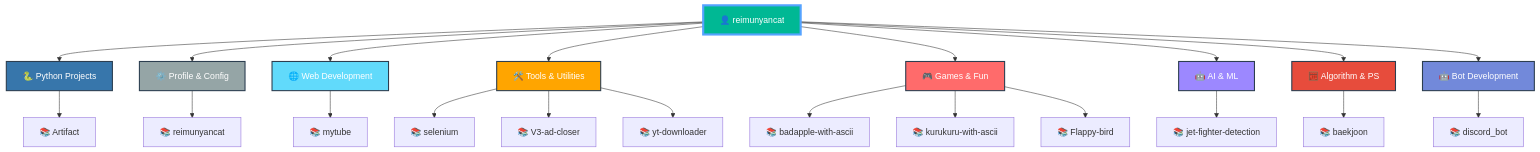
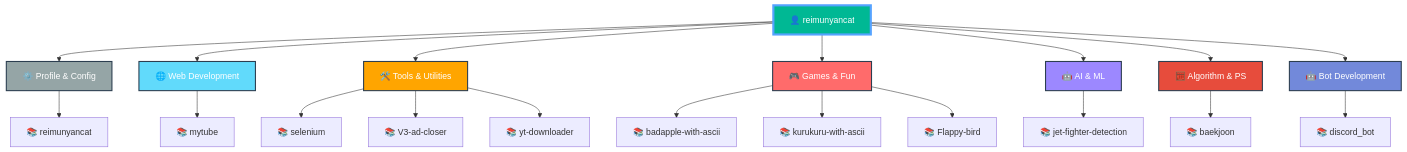
The diagram in README.md (reimunyancat/reimunyancat), drawn with Mermaid before and after one commit. The commit also changed other lines of this file, not shown here.

Commit message:
🤖 Auto-update README with latest repositories

````diff
--- a/README.md
+++ b/README.md
@@ -159,42 +159,38 @@
 ```mermaid
 graph TD
   A[👤 reimunyancat]
 
-  A --> CAT0[🐍 Python Projects]
-  CAT0 --> CAT0_0[📚 Artifact]
+  A --> CAT0[⚙️ Profile & Config]
+  CAT0 --> CAT0_0[📚 reimunyancat]
 
-  A --> CAT1[⚙️ Profile & Config]
-  CAT1 --> CAT1_0[📚 reimunyancat]
+  A --> CAT1[🌐 Web Development]
+  CAT1 --> CAT1_0[📚 mytube]
 
-  A --> CAT2[🌐 Web Development]
-  CAT2 --> CAT2_0[📚 mytube]
+  A --> CAT2[🛠️ Tools & Utilities]
+  CAT2 --> CAT2_0[📚 selenium]
+  CAT2 --> CAT2_1[📚 V3-ad-closer]
+  CAT2 --> CAT2_2[📚 yt-downloader]
 
-  A --> CAT3[🛠️ Tools & Utilities]
-  CAT3 --> CAT3_0[📚 selenium]
-  CAT3 --> CAT3_1[📚 V3-ad-closer]
-  CAT3 --> CAT3_2[📚 yt-downloader]
+  A --> CAT3[🎮 Games & Fun]
+  CAT3 --> CAT3_0[📚 badapple-with-ascii]
+  CAT3 --> CAT3_1[📚 kurukuru-with-ascii]
+  CAT3 --> CAT3_2[📚 Flappy-bird]
 
-  A --> CAT4[🎮 Games & Fun]
-  CAT4 --> CAT4_0[📚 badapple-with-ascii]
-  CAT4 --> CAT4_1[📚 kurukuru-with-ascii]
-  CAT4 --> CAT4_2[📚 Flappy-bird]
+  A --> CAT4[🤖 AI & ML]
+  CAT4 --> CAT4_0[📚 jet-fighter-detection]
 
-  A --> CAT5[🤖 AI & ML]
-  CAT5 --> CAT5_0[📚 jet-fighter-detection]
+  A --> CAT5[🧮 Algorithm & PS]
+  CAT5 --> CAT5_0[📚 baekjoon]
 
-  A --> CAT6[🧮 Algorithm & PS]
-  CAT6 --> CAT6_0[📚 baekjoon]
-
-  A --> CAT7[🤖 Bot Development]
-  CAT7 --> CAT7_0[📚 discord_bot]
+  A --> CAT6[🤖 Bot Development]
+  CAT6 --> CAT6_0[📚 discord_bot]
 
   style A fill:#00b894,stroke:#55a3ff,stroke-width:4px,color:#fff
-  style CAT0 fill:#3776ab,stroke:#2c3e50,stroke-width:2px,color:#fff
-  style CAT1 fill:#95a5a6,stroke:#2c3e50,stroke-width:2px,color:#fff
-  style CAT2 fill:#61dafb,stroke:#2c3e50,stroke-width:2px,color:#fff
-  style CAT3 fill:#ffa500,stroke:#2c3e50,stroke-width:2px,color:#fff
-  style CAT4 fill:#ff6b6b,stroke:#2c3e50,stroke-width:2px,color:#fff
-  style CAT5 fill:#9c88ff,stroke:#2c3e50,stroke-width:2px,color:#fff
-  style CAT6 fill:#e74c3c,stroke:#2c3e50,stroke-width:2px,color:#fff
-  style CAT7 fill:#7289da,stroke:#2c3e50,stroke-width:2px,color:#fff
+  style CAT0 fill:#95a5a6,stroke:#2c3e50,stroke-width:2px,color:#fff
+  style CAT1 fill:#61dafb,stroke:#2c3e50,stroke-width:2px,color:#fff
+  style CAT2 fill:#ffa500,stroke:#2c3e50,stroke-width:2px,color:#fff
+  style CAT3 fill:#ff6b6b,stroke:#2c3e50,stroke-width:2px,color:#fff
+  style CAT4 fill:#9c88ff,stroke:#2c3e50,stroke-width:2px,color:#fff
+  style CAT5 fill:#e74c3c,stroke:#2c3e50,stroke-width:2px,color:#fff
+  style CAT6 fill:#7289da,stroke:#2c3e50,stroke-width:2px,color:#fff
 ```
````
